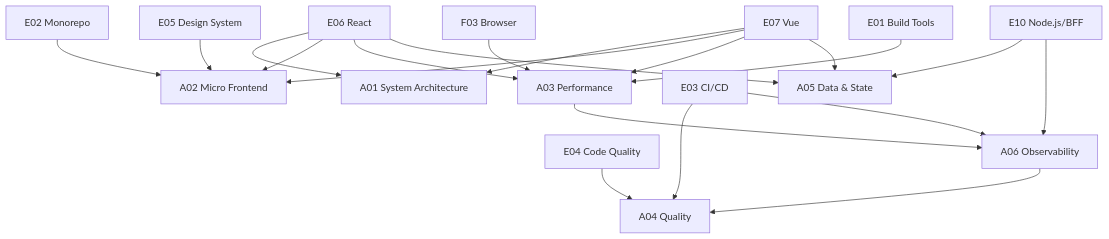
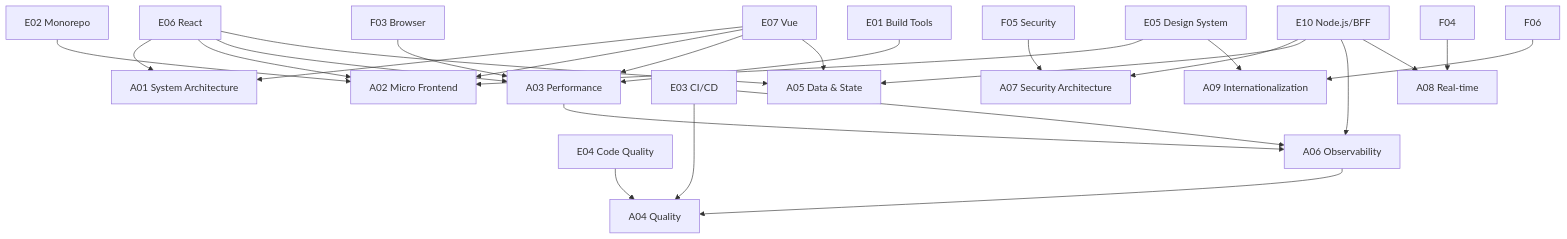
The fourth of 5 diagrams in docs/learning-path/01-knowledge-dependency-map.md (rendongping/jgs), drawn with Mermaid before and after one commit. The commit also changed other lines of this file and 103 other files, not shown here.

````diff
--- a/docs/learning-path/01-knowledge-dependency-map.md
+++ b/docs/learning-path/01-knowledge-dependency-map.md
@@ -90,26 +100,34 @@
 ```mermaid
 graph TD
     E06[E06 React] --> A01[A01 System Architecture]
     E07[E07 Vue] --> A01
     E02[E02 Monorepo] --> A02[A02 Micro Frontend]
     E05[E05 Design System] --> A02
     E06 --> A02
     E07 --> A02
 
     F03[F03 Browser] --> A03[A03 Performance]
     E01[E01 Build Tools] --> A03
     E06 --> A03
     E07 --> A03
 
     E04[E04 Code Quality] --> A04[A04 Quality]
     E03[E03 CI/CD] --> A04
     A06[A06 Observability] --> A04
+    F05[F05 Security] --> A07[A07 Security Architecture]
+    E10 --> A07
 
     E06 --> A05[A05 Data & State]
     E07 --> A05
     E10[E10 Node.js/BFF] --> A05
 
     A03 --> A06[A06 Observability]
     E03 --> A06
     E10 --> A06
+
+    F04 --> A08[A08 Real-time]
+    E10 --> A08
+
+    F06 --> A09[A09 Internationalization]
+    E05 --> A09
 ```
````
